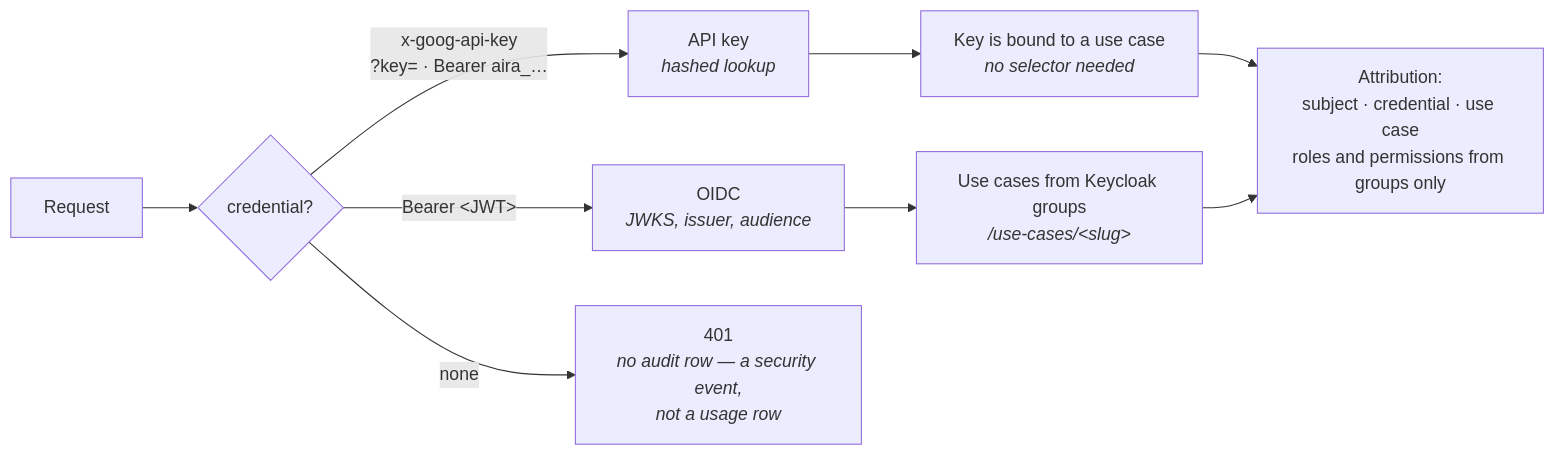
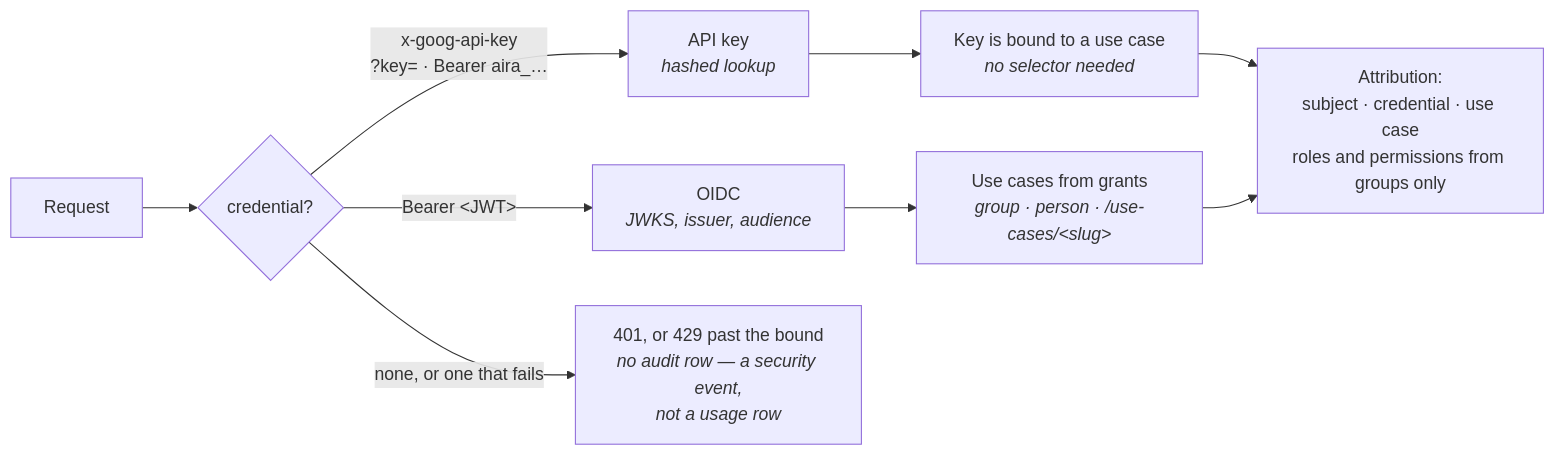
The second of 6 diagrams in docs/REQUEST-LIFECYCLE.md (InigoImago/AIRA-Gateway), drawn with Mermaid before and after one commit. The commit also changed other lines of this file and 179 other files, not shown here.

````diff
--- a/docs/REQUEST-LIFECYCLE.md
+++ b/docs/REQUEST-LIFECYCLE.md
@@ -88,13 +96,13 @@
 ```mermaid
 graph LR
     req["Request"] --> which{"credential?"}
     which -->|"x-goog-api-key<br/>?key= · Bearer aira_…"| key["API key<br/><i>hashed lookup</i>"]
     which -->|"Bearer &lt;JWT&gt;"| oidc["OIDC<br/><i>JWKS, issuer, audience</i>"]
-    which -->|"none"| anon["401<br/><i>no audit row — a security event,<br/>not a usage row</i>"]
+    which -->|"none, or one that fails"| anon["401, or 429 past the bound<br/><i>no audit row — a security event,<br/>not a usage row</i>"]
 
     key --> bound["Key is bound to a use case<br/><i>no selector needed</i>"]
-    oidc --> groups["Use cases from Keycloak groups<br/><i>/use-cases/&lt;slug&gt;</i>"]
+    oidc --> groups["Use cases from grants<br/><i>group · person · /use-cases/&lt;slug&gt;</i>"]
 
     bound --> attr["Attribution:<br/>subject · credential · use case<br/>roles and permissions from groups only"]
     groups --> attr
 ```
````
